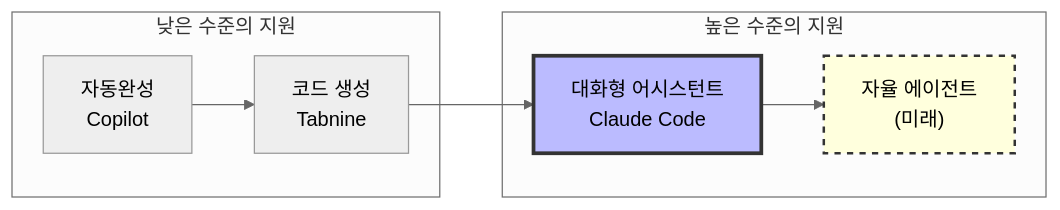
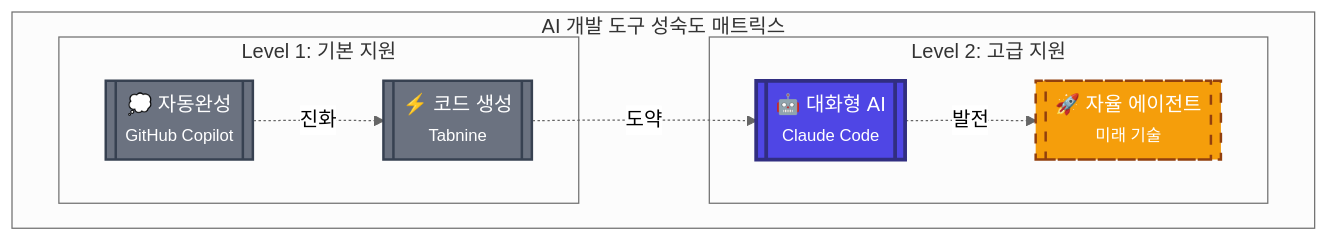
One commit to revfactory/claude-code-mastering changed the second of 6 diagrams in book/01-chapter1.md. Above: the diagram before and after it, drawn with Mermaid (neutral theme). The commit also changed other lines of this file, not shown here.

First line of the commit message:
style: 1장 다이어그램을 전문적 스타일로 고도화

````diff
--- a/book/01-chapter1.md
+++ b/book/01-chapter1.md
@@ -84,19 +102,28 @@
 ```mermaid
-flowchart LR
-    A["자동완성<br/>Copilot"] --> B["코드 생성<br/>Tabnine"]
-    B --> C["대화형 어시스턴트<br/>Claude Code"]
-    C --> D["자율 에이전트<br/>(미래)"]
-    
-    subgraph low ["낮은 수준의 지원"]
-        A
-        B
+graph LR
+    subgraph matrix ["AI 개발 도구 성숙도 매트릭스"]
+        direction LR
+        
+        subgraph level1 ["Level 1: 기본 지원"]
+            A1[["💭 자동완성<br/><small>GitHub Copilot</small>"]]
+            A2[["⚡ 코드 생성<br/><small>Tabnine</small>"]]
+        end
+        
+        subgraph level2 ["Level 2: 고급 지원"]
+            B1[["🤖 대화형 AI<br/><small>Claude Code</small>"]]
+            B2[["🚀 자율 에이전트<br/><small>미래 기술</small>"]]
+        end
+        
+        A1 -.->|진화| A2
+        A2 -.->|도약| B1
+        B1 -.->|발전| B2
     end
     
-    subgraph high ["높은 수준의 지원"]
-        C
-        D
-    end
+    classDef current fill:#4f46e5,stroke:#312e81,stroke-width:3px,color:#fff
+    classDef future fill:#f59e0b,stroke:#92400e,stroke-width:2px,stroke-dasharray: 8 8,color:#fff
+    classDef basic fill:#6b7280,stroke:#374151,stroke-width:2px,color:#fff
     
-    style C fill:#bbf,stroke:#333,stroke-width:3px
-    style D fill:#ffd,stroke:#333,stroke-width:2px,stroke-dasharray: 5 5
+    class B1 current
+    class B2 future
+    class A1,A2 basic
 ```
````
